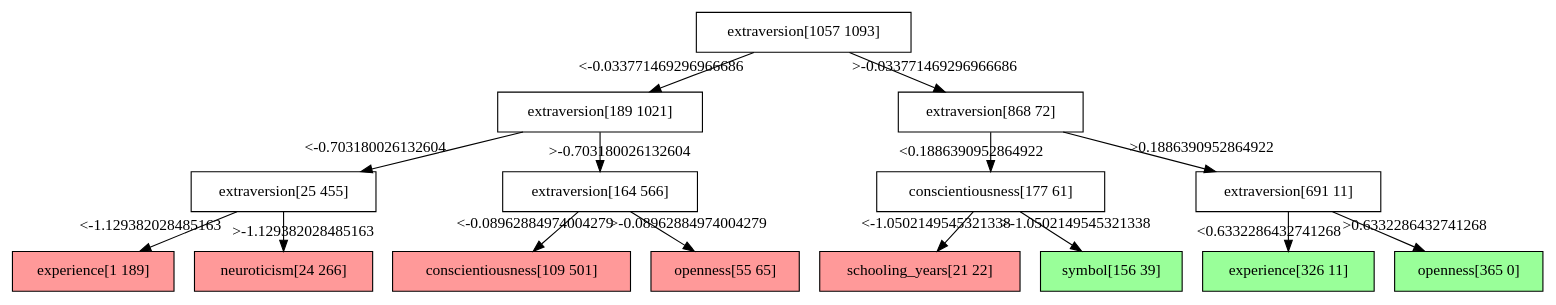
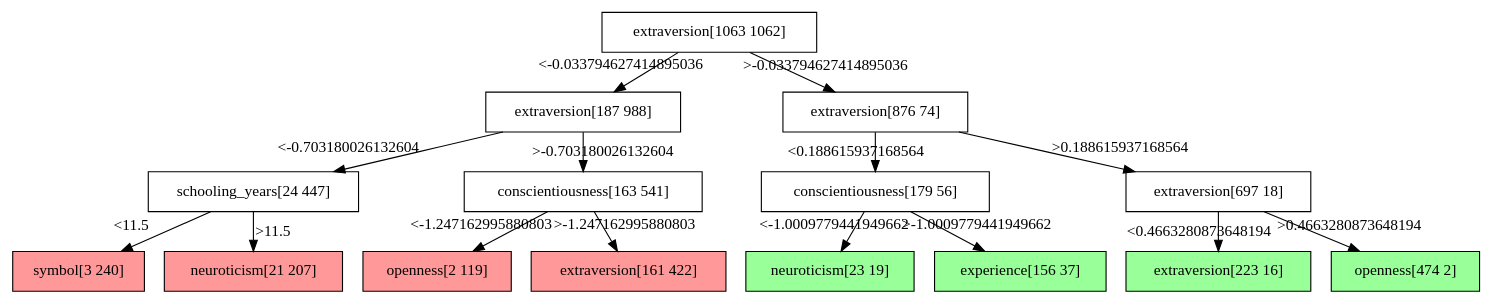
The diagram in skills_and_wages/bld/out/analysis/decision_tree.dot (Poojabl26/Programming-Project), drawn with Graphviz before and after one commit. The commit also changed 23 other files, not shown here.

```diff
--- a/skills_and_wages/bld/out/analysis/decision_tree.dot
+++ b/skills_and_wages/bld/out/analysis/decision_tree.dot
@@ -1,32 +1,32 @@
 digraph Tree {
 node [shape=box, style="filled", color="black"] ;
-0 [ label="extraversion[1057 1093]" , fillcolor="#ffffff"] ;
-1 [ label="extraversion[189 1021]" , fillcolor="#ffffff"] ;
-0->1 [labeldistance=2.5, labelangle=45, headlabel="<-0.033771469296966686"] ;
-3 [ label="extraversion[25 455]" , fillcolor="#ffffff"] ;
+0 [ label="extraversion[1063 1062]" , fillcolor="#ffffff"] ;
+1 [ label="extraversion[187 988]" , fillcolor="#ffffff"] ;
+0->1 [labeldistance=2.5, labelangle=45, headlabel="<-0.033794627414895036"] ;
+3 [ label="schooling_years[24 447]" , fillcolor="#ffffff"] ;
 1->3 [labeldistance=2.5, labelangle=45, headlabel="<-0.703180026132604"] ;
-5 [ label="experience[1 189]" , fillcolor="#ff9999"] ;
-3->5 [labeldistance=2.5, labelangle=45, headlabel="<-1.129382028485163"] ;
-6 [ label="neuroticism[24 266]" , fillcolor="#ff9999"] ;
-3->6 [labeldistance=2.5, labelangle=-45, headlabel=">-1.129382028485163"] ;
-4 [ label="extraversion[164 566]" , fillcolor="#ffffff"] ;
+5 [ label="symbol[3 240]" , fillcolor="#ff9999"] ;
+3->5 [labeldistance=2.5, labelangle=45, headlabel="<11.5"] ;
+6 [ label="neuroticism[21 207]" , fillcolor="#ff9999"] ;
+3->6 [labeldistance=2.5, labelangle=-45, headlabel=">11.5"] ;
+4 [ label="conscientiousness[163 541]" , fillcolor="#ffffff"] ;
 1->4 [labeldistance=2.5, labelangle=-45, headlabel=">-0.703180026132604"] ;
-7 [ label="conscientiousness[109 501]" , fillcolor="#ff9999"] ;
-4->7 [labeldistance=2.5, labelangle=45, headlabel="<-0.08962884974004279"] ;
-8 [ label="openness[55 65]" , fillcolor="#ff9999"] ;
-4->8 [labeldistance=2.5, labelangle=-45, headlabel=">-0.08962884974004279"] ;
-2 [ label="extraversion[868 72]" , fillcolor="#ffffff"] ;
-0->2 [labeldistance=2.5, labelangle=-45, headlabel=">-0.033771469296966686"] ;
-9 [ label="conscientiousness[177 61]" , fillcolor="#ffffff"] ;
-2->9 [labeldistance=2.5, labelangle=45, headlabel="<0.1886390952864922"] ;
-11 [ label="schooling_years[21 22]" , fillcolor="#ff9999"] ;
-9->11 [labeldistance=2.5, labelangle=45, headlabel="<-1.0502149545321338"] ;
-12 [ label="symbol[156 39]" , fillcolor="#99ff99"] ;
-9->12 [labeldistance=2.5, labelangle=-45, headlabel=">-1.0502149545321338"] ;
-10 [ label="extraversion[691 11]" , fillcolor="#ffffff"] ;
-2->10 [labeldistance=2.5, labelangle=-45, headlabel=">0.1886390952864922"] ;
-13 [ label="experience[326 11]" , fillcolor="#99ff99"] ;
-10->13 [labeldistance=2.5, labelangle=45, headlabel="<0.6332286432741268"] ;
-14 [ label="openness[365 0]" , fillcolor="#99ff99"] ;
-10->14 [labeldistance=2.5, labelangle=-45, headlabel=">0.6332286432741268"] ;
+7 [ label="openness[2 119]" , fillcolor="#ff9999"] ;
+4->7 [labeldistance=2.5, labelangle=45, headlabel="<-1.247162995880803"] ;
+8 [ label="extraversion[161 422]" , fillcolor="#ff9999"] ;
+4->8 [labeldistance=2.5, labelangle=-45, headlabel=">-1.247162995880803"] ;
+2 [ label="extraversion[876 74]" , fillcolor="#ffffff"] ;
+0->2 [labeldistance=2.5, labelangle=-45, headlabel=">-0.033794627414895036"] ;
+9 [ label="conscientiousness[179 56]" , fillcolor="#ffffff"] ;
+2->9 [labeldistance=2.5, labelangle=45, headlabel="<0.188615937168564"] ;
+11 [ label="neuroticism[23 19]" , fillcolor="#99ff99"] ;
+9->11 [labeldistance=2.5, labelangle=45, headlabel="<-1.0009779441949662"] ;
+12 [ label="experience[156 37]" , fillcolor="#99ff99"] ;
+9->12 [labeldistance=2.5, labelangle=-45, headlabel=">-1.0009779441949662"] ;
+10 [ label="extraversion[697 18]" , fillcolor="#ffffff"] ;
+2->10 [labeldistance=2.5, labelangle=-45, headlabel=">0.188615937168564"] ;
+13 [ label="extraversion[223 16]" , fillcolor="#99ff99"] ;
+10->13 [labeldistance=2.5, labelangle=45, headlabel="<0.4663280873648194"] ;
+14 [ label="openness[474 2]" , fillcolor="#99ff99"] ;
+10->14 [labeldistance=2.5, labelangle=-45, headlabel=">0.4663280873648194"] ;
 }
```
